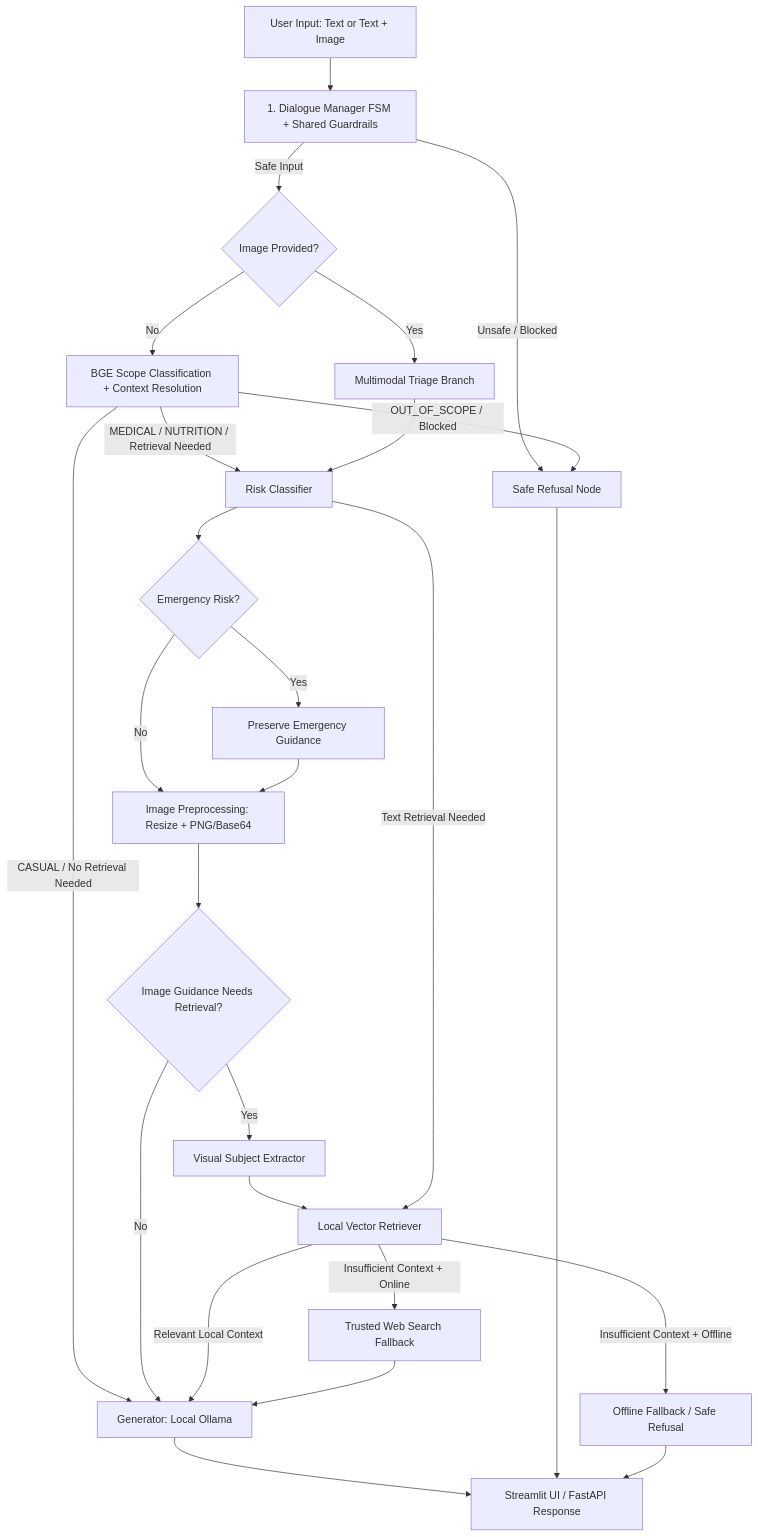
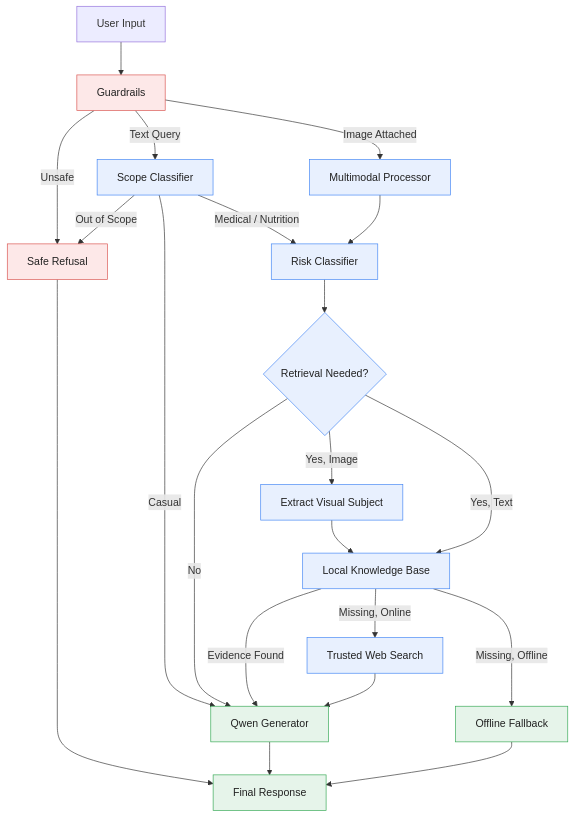
One commit to SantosRana/MediQwen changed the diagram in README.md. Above: the diagram before and after it, drawn with Mermaid. The commit also changed 8 other files, not shown here.

Commit message:
refactor(agent): stabilize multimodal triage, safety guardrails, and scope classifier

````diff
--- a/README.md
+++ b/README.md
@@ -59,34 +59,42 @@
 ```mermaid
+
 flowchart TD
-    A[User Input: Text or Text + Image] --> B[1. Dialogue Manager FSM + Shared Guardrails]
-    B -->|Unsafe / Blocked| R[Safe Refusal Node]
-    B -->|Safe Input| D{Image Provided?}
+    A[User Input] --> B[Guardrails]
+    
+    B -->|Unsafe| R[Safe Refusal]
+    B -->|Text Query| D[Scope Classifier]
+    B -->|Image Attached| E[Multimodal Processor]
 
-    D -->|Yes| M[Multimodal Triage Branch]
-    D -->|No| S[BGE Scope Classification + Context Resolution]
+    D -->|Out of Scope| R
+    D -->|Casual| G[Qwen Generator]
+    D -->|Medical / Nutrition| F[Risk Classifier]
 
-    S -->|OUT_OF_SCOPE / Blocked| R
-    S -->|CASUAL / No Retrieval Needed| G[Generator: Local Ollama]
-    S -->|MEDICAL / NUTRITION / Retrieval Needed| C[Risk Classifier]
-    M --> C
+    E --> F
 
-    C --> E{Emergency Risk?}
-    E -->|Yes| EG[Preserve Emergency Guidance]
-    E -->|No| P[Image Preprocessing: Resize + PNG/Base64]
-    EG --> P
+    F --> H{Retrieval Needed?}
 
-    P --> Q{Image Guidance Needs Retrieval?}
-    Q -->|Yes| X[Visual Subject Extractor]
-    Q -->|No| G
+    H -->|No| G
+    H -->|Yes, Image| I[Extract Visual Subject]
+    H -->|Yes, Text| J[Local Knowledge Base]
 
-    X --> V[Local Vector Retriever]
-    C -->|Text Retrieval Needed| V
+    I --> J
 
-    V -->|Relevant Local Context| G
-    V -->|Insufficient Context + Online| W[Trusted Web Search Fallback]
-    V -->|Insufficient Context + Offline| F[Offline Fallback / Safe Refusal]
-    W --> G
-    G --> O[Streamlit UI / FastAPI Response]
-    R --> O
-    F --> O
+    J -->|Evidence Found| G
+    J -->|Missing, Online| K[Trusted Web Search]
+    J -->|Missing, Offline| L[Offline Fallback]
+
+    K --> G
+
+    G --> M[Final Response]
+    R --> M
+    L --> M
+
+    classDef safety fill:#fde8e8,stroke:#d9534f,color:#222
+    classDef process fill:#e8f0fe,stroke:#4285f4,color:#222
+    classDef output fill:#e6f4ea,stroke:#34a853,color:#222
+
+    class B,R safety
+    class D,E,F,H,I,J,K process
+    class G,L,M output
+
 ```
````
